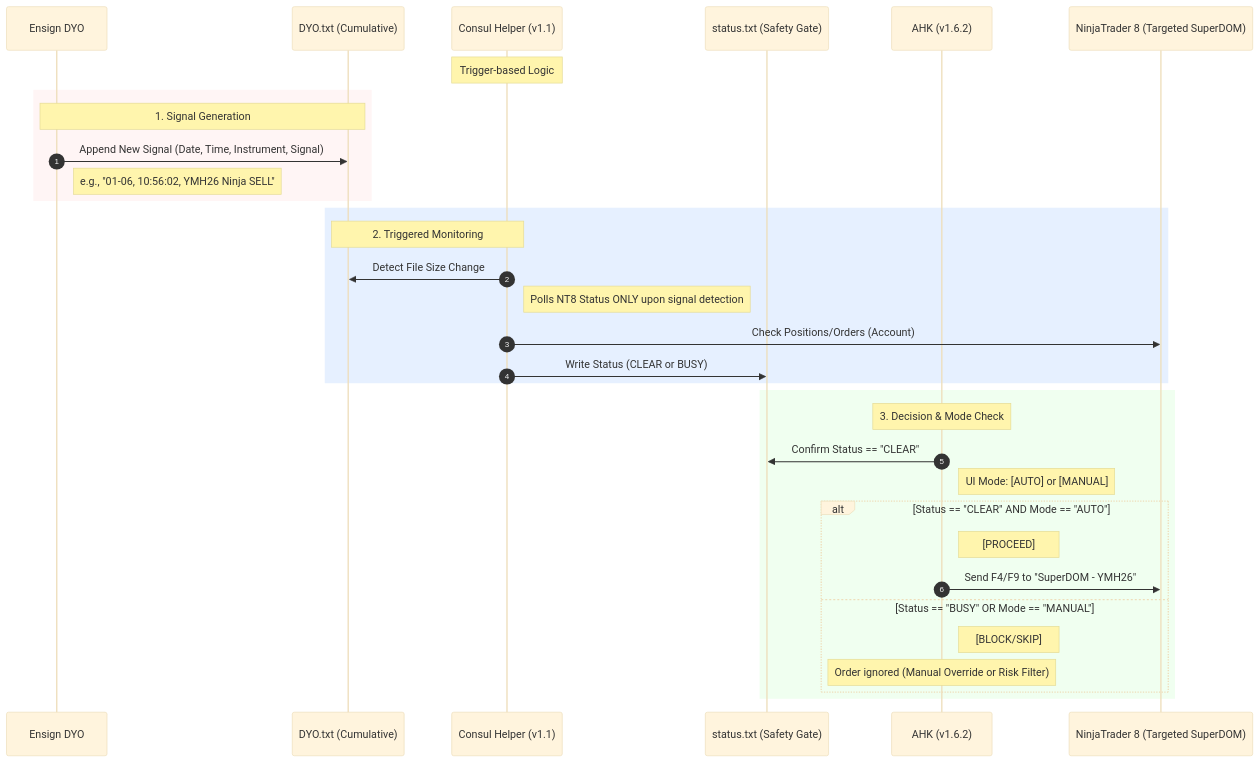
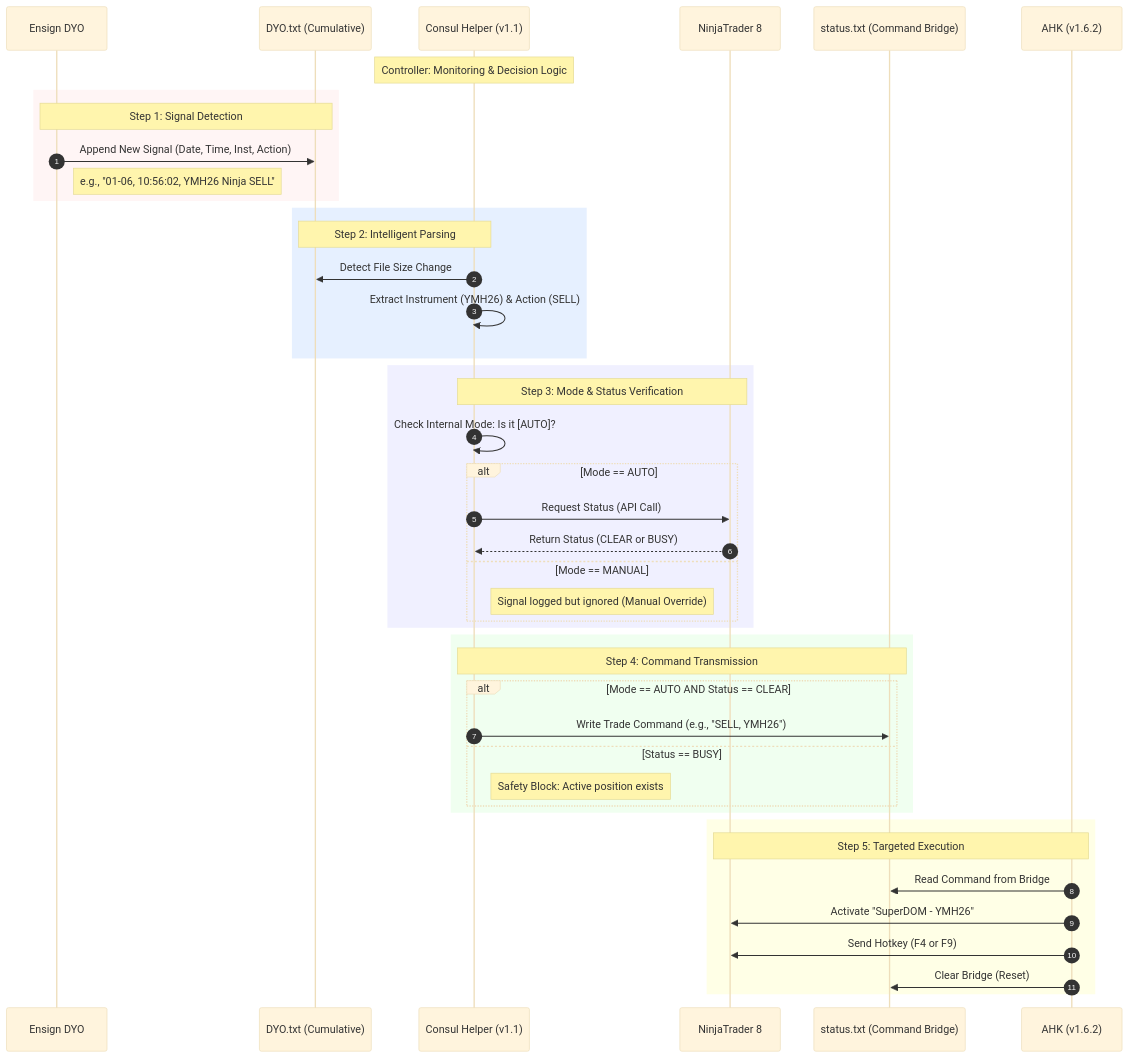
Before and after one commit to seokhoyoun/consul: the diagram in NT8 Consul Helper Technical Integration Specification v1.1.md, drawn with Mermaid (base theme). The commit also changed other lines of this file, not shown here.

Commit message:
1.1 update

````diff
--- a/NT8 Consul Helper Technical Integration Specification v1.1.md
+++ b/NT8 Consul Helper Technical Integration Specification v1.1.md
@@ -3,41 +3,54 @@
 ```mermaid
 sequenceDiagram
     autonumber
     
     participant E as Ensign DYO
     participant DYO as DYO.txt (Cumulative)
     participant CH as Consul Helper (v1.1)
-    participant STF as status.txt (Safety Gate)
+    participant NT8 as NinjaTrader 8
+    participant STF as status.txt (Command Bridge)
     participant AHK as AHK (v1.6.2)
-    participant NT8 as NinjaTrader 8 (Targeted SuperDOM)
 
-    Note over CH: Trigger-based Logic 
+    Note over CH: Controller: Monitoring & Decision Logic
 
     rect rgb(255, 245, 245)
-        Note over E, DYO: 1. Signal Generation
-        E->>DYO: Append New Signal (Date, Time, Instrument, Signal)
+        Note over E, DYO: Step 1: Signal Detection
+        E->>DYO: Append New Signal (Date, Time, Inst, Action)
         Note right of E: e.g., "01-06, 10:56:02, YMH26 Ninja SELL"
     end
 
     rect rgb(230, 240, 255)
-        Note over CH, DYO: 2. Triggered Monitoring
+        Note over CH, DYO: Step 2: Intelligent Parsing
         CH->>DYO: Detect File Size Change
-        Note right of CH: Polls NT8 Status ONLY upon signal detection
-        CH->>NT8: Check Positions/Orders (Account)
-        CH->>STF: Write Status (CLEAR or BUSY)
+        CH->>CH: Extract Instrument (YMH26) & Action (SELL)
+    end
+
+    rect rgb(240, 240, 255)
+        Note over CH, NT8: Step 3: Mode & Status Verification
+        CH->>CH: Check Internal Mode: Is it [AUTO]?
+        
+        alt Mode == AUTO
+            CH->>NT8: Request Status (API Call)
+            NT8-->>CH: Return Status (CLEAR or BUSY)
+        else Mode == MANUAL
+            Note right of CH: Signal logged but ignored (Manual Override)
+        end
     end
 
     rect rgb(240, 255, 240)
-        Note over AHK: 3. Decision & Mode Check
-        AHK->>STF: Confirm Status == "CLEAR"
-        Note right of AHK: UI Mode: [AUTO] or [MANUAL]
-        
-        alt Status == "CLEAR" AND Mode == "AUTO"
-            Note right of AHK: [PROCEED]
-            AHK->>NT8: Send F4/F9 to "SuperDOM - YMH26"
-        else Status == "BUSY" OR Mode == "MANUAL"
-            Note right of AHK: [BLOCK/SKIP]
-            Note over AHK: Order ignored (Manual Override or Risk Filter)
+        Note over CH, STF: Step 4: Command Transmission
+        alt Mode == AUTO AND Status == CLEAR
+            CH->>STF: Write Trade Command (e.g., "SELL, YMH26")
+        else Status == BUSY
+            Note right of CH: Safety Block: Active position exists
         end
     end
+
+    rect rgb(255, 255, 230)
+        Note over AHK, NT8: Step 5: Targeted Execution
+        AHK->>STF: Read Command from Bridge
+        AHK->>NT8: Activate "SuperDOM - YMH26"
+        AHK->>NT8: Send Hotkey (F4 or F9)
+        AHK->>STF: Clear Bridge (Reset)
+    end
 ```
````
